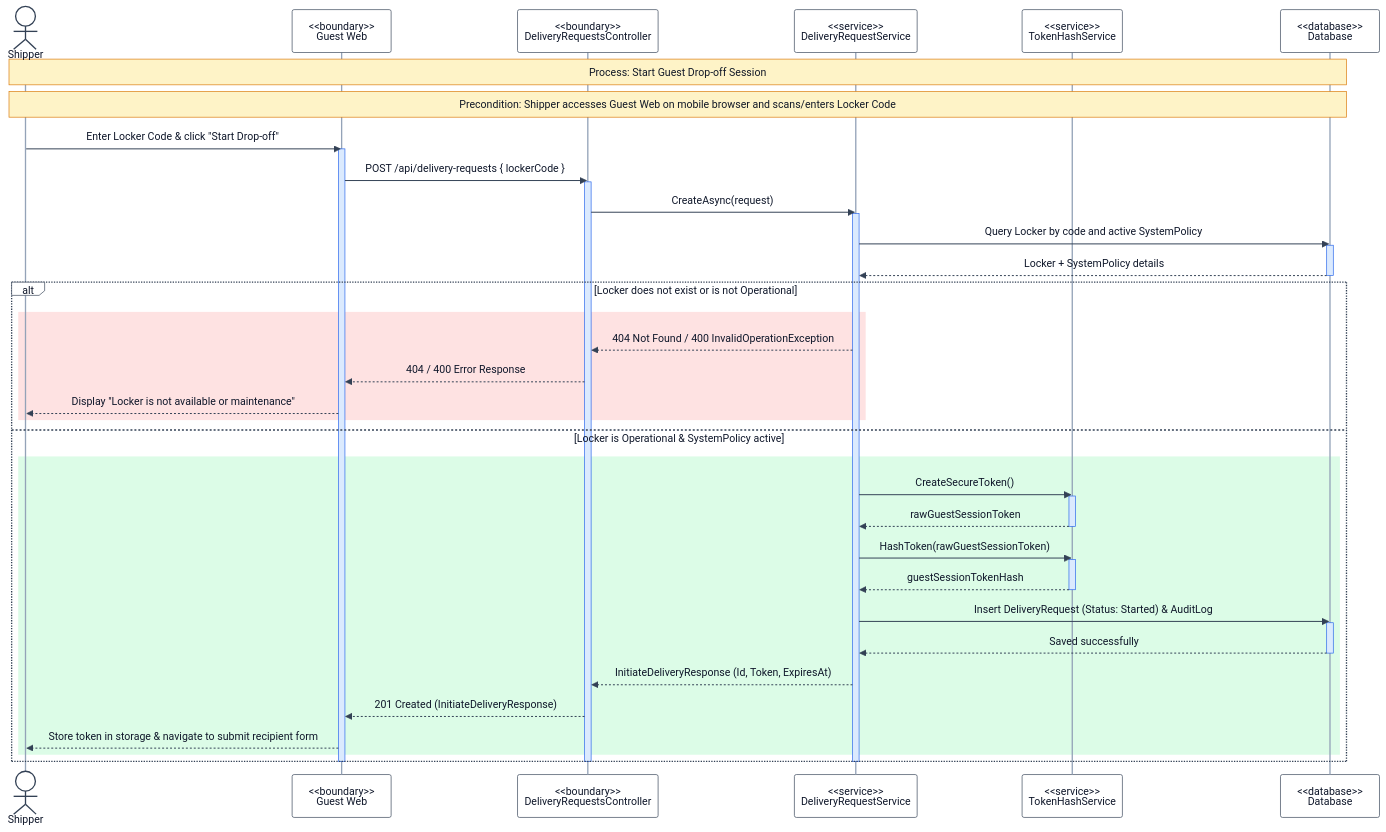
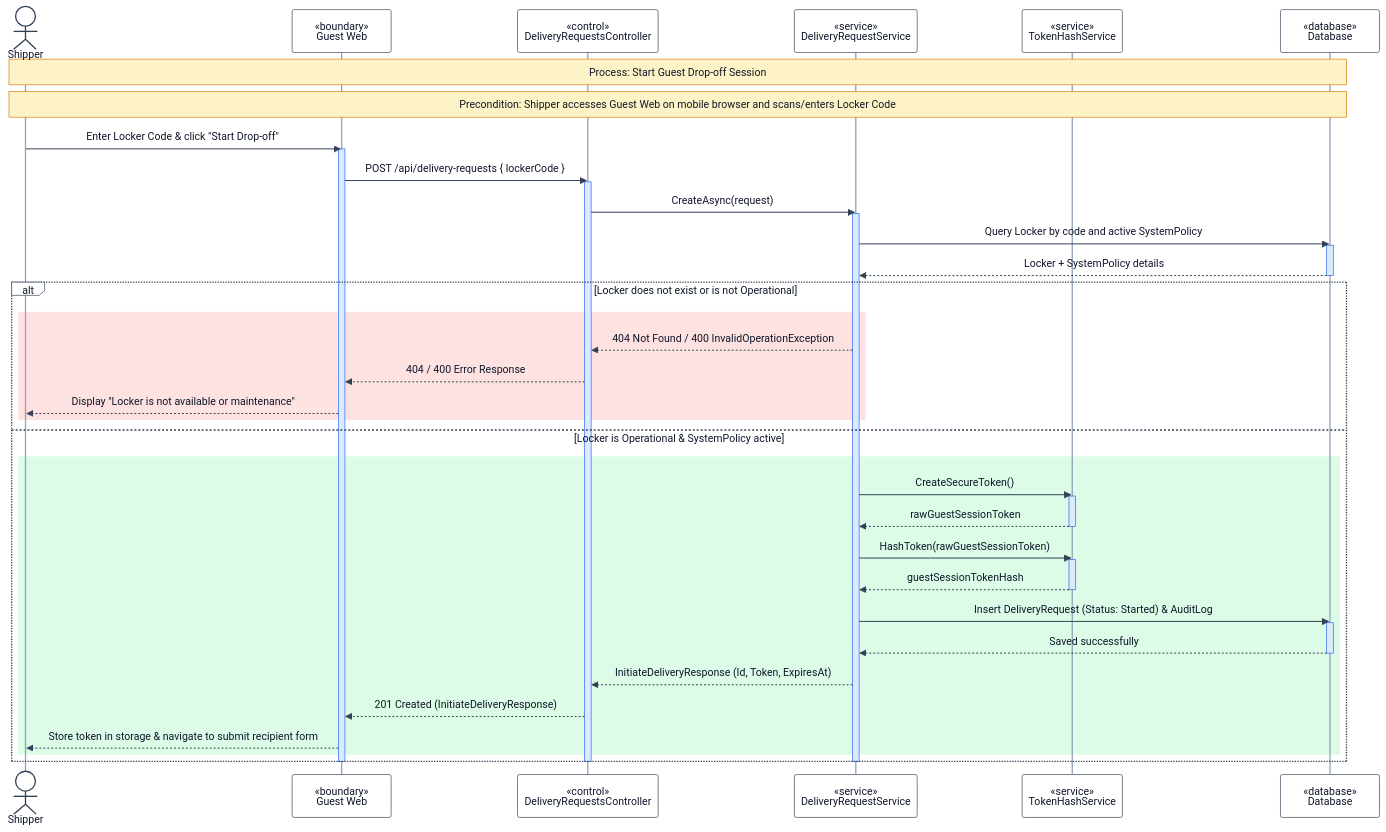
The diagram in RP4/3.1 Shipper Guest Drop-off/3.1.2 Start Guest Drop-off Session Sequence Diagram.md (se-05-sdlms/smart-locking-diagram), drawn with Mermaid before and after one commit. The commit also changed 36 other files, not shown here.

Commit message:
Update diagram

````diff
--- a/RP4/3.1 Shipper Guest Drop-off/3.1.2 Start Guest Drop-off Session Sequence Diagram.md
+++ b/RP4/3.1 Shipper Guest Drop-off/3.1.2 Start Guest Drop-off Session Sequence Diagram.md
@@ -3,77 +3,77 @@
 ```mermaid
 %%{init: {
   "theme": "base",
   "themeVariables": {
     "actorBkg": "#FFFFFF",
     "actorBorder": "#334155",
     "actorTextColor": "#0F172A",
     "actorLineColor": "#94A3B8",
     "signalColor": "#334155",
     "signalTextColor": "#0F172A",
     "activationBkgColor": "#DBEAFE",
     "activationBorderColor": "#2563EB",
     "noteBkgColor": "#FEF3C7",
     "noteBorderColor": "#D97706",
     "noteTextColor": "#111827"
   }
 }}%%
 
 sequenceDiagram
 
 actor SH as Shipper
-participant WEB as <<boundary>><br/>Guest Web
-participant CTRL as <<boundary>><br/>DeliveryRequestsController
-participant SVC as <<service>><br/>DeliveryRequestService
-participant TOKEN as <<service>><br/>TokenHashService
-participant DB as <<database>><br/>Database
+participant WEB as «boundary»<br/>Guest Web
+participant CTRL as «control»<br/>DeliveryRequestsController
+participant SVC as «service»<br/>DeliveryRequestService
+participant TOKEN as «service»<br/>TokenHashService
+participant DB as «database»<br/>Database
 
 Note over SH,DB: Process: Start Guest Drop-off Session
 Note over SH,DB: Precondition: Shipper accesses Guest Web on mobile browser and scans/enters Locker Code
 
 SH->>WEB: Enter Locker Code & click "Start Drop-off"
 activate WEB
 
 WEB->>CTRL: POST /api/delivery-requests { lockerCode }
 activate CTRL
 
 CTRL->>SVC: CreateAsync(request)
 activate SVC
 
 SVC->>DB: Query Locker by code and active SystemPolicy
 activate DB
 DB-->>SVC: Locker + SystemPolicy details
 deactivate DB
 
 alt Locker does not exist or is not Operational
   rect rgb(254,226,226)
     SVC-->>CTRL: 404 Not Found / 400 InvalidOperationException
     CTRL-->>WEB: 404 / 400 Error Response
     WEB-->>SH: Display "Locker is not available or maintenance"
   end
 else Locker is Operational & SystemPolicy active
   rect rgb(220,252,231)
     SVC->>TOKEN: CreateSecureToken()
     activate TOKEN
     TOKEN-->>SVC: rawGuestSessionToken
     deactivate TOKEN
 
     SVC->>TOKEN: HashToken(rawGuestSessionToken)
     activate TOKEN
     TOKEN-->>SVC: guestSessionTokenHash
     deactivate TOKEN
 
     SVC->>DB: Insert DeliveryRequest (Status: Started) & AuditLog
     activate DB
     DB-->>SVC: Saved successfully
     deactivate DB
 
     SVC-->>CTRL: InitiateDeliveryResponse (Id, Token, ExpiresAt)
     CTRL-->>WEB: 201 Created (InitiateDeliveryResponse)
     WEB-->>SH: Store token in storage & navigate to submit recipient form
   end
 end
 
 deactivate SVC
 deactivate CTRL
 deactivate WEB
 ```
````
